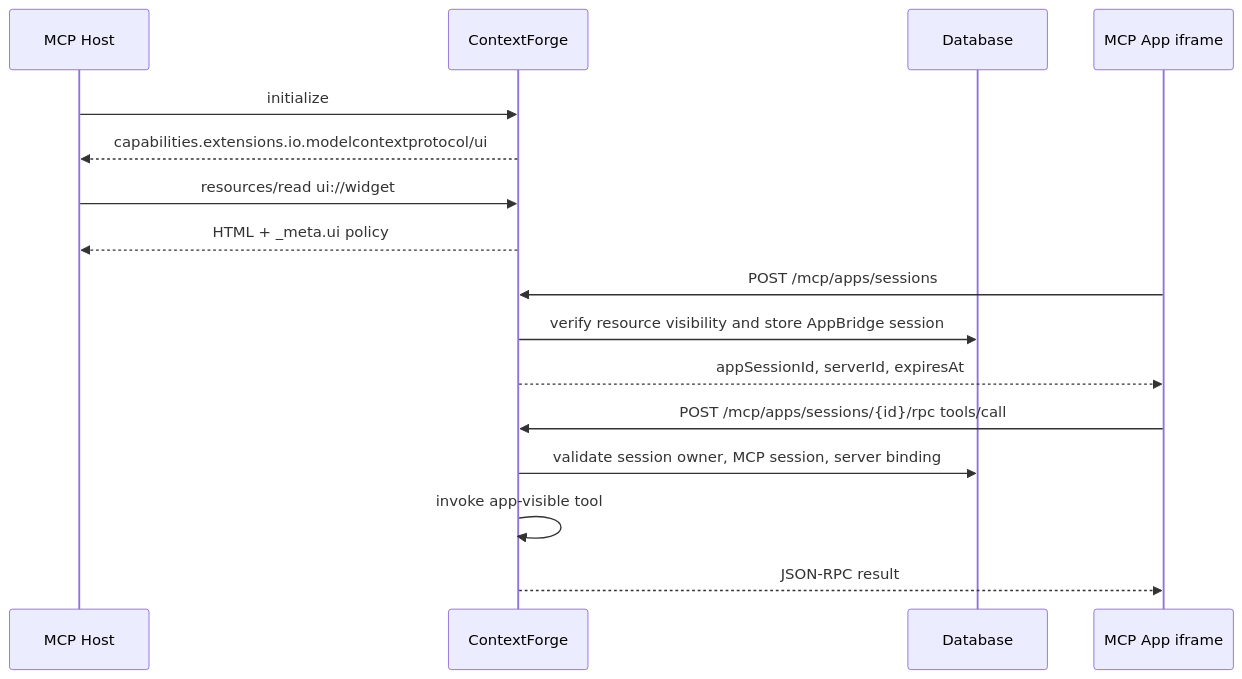
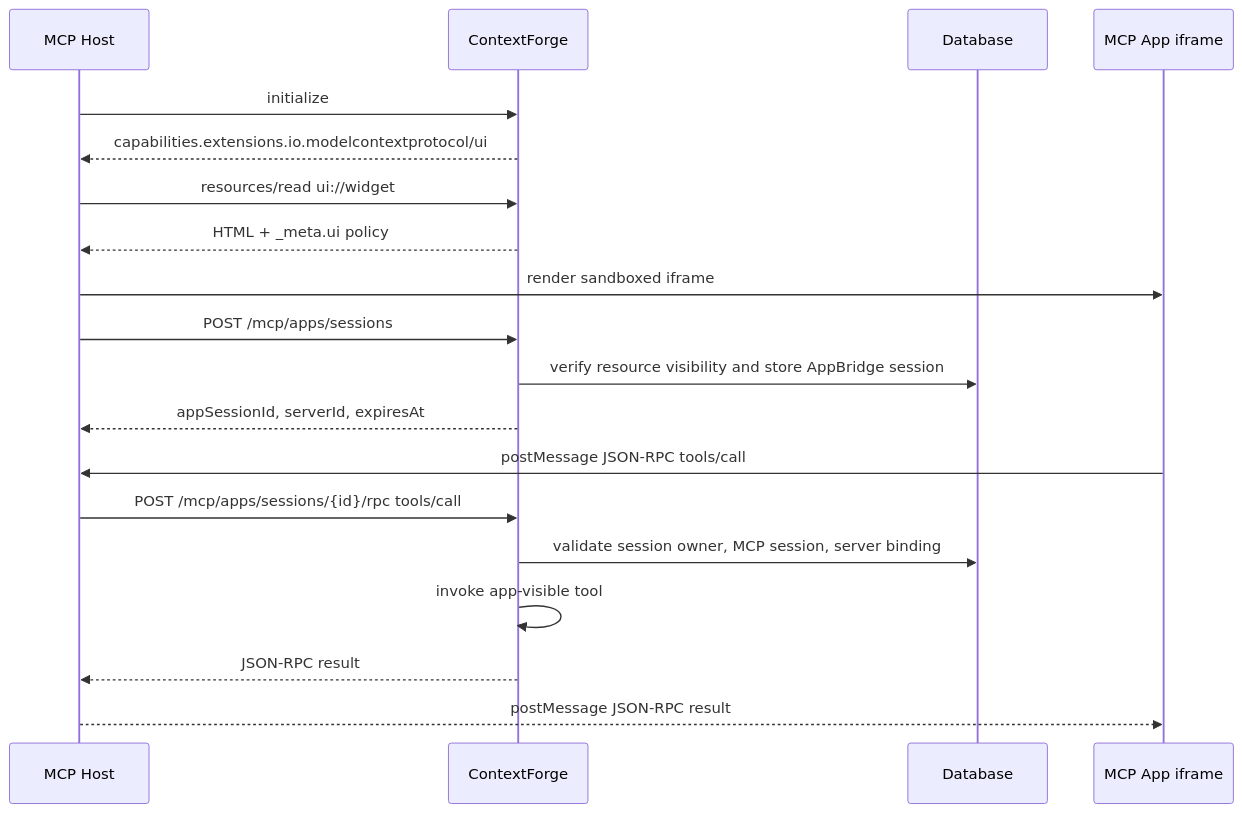
Before and after one commit to mutual-of-enumclaw/mcp-context-forge: the diagram in docs/docs/architecture/mcp-apps.md, drawn with Mermaid. The commit also changed other lines of this file and 6 other files, not shown here.

Commit message:
fix: align MCP Apps metadata contract

````diff
--- a/docs/docs/architecture/mcp-apps.md
+++ b/docs/docs/architecture/mcp-apps.md
@@ -203,19 +200,22 @@
 ```mermaid
 sequenceDiagram
     participant Host as MCP Host
     participant Gateway as ContextForge
     participant DB as Database
     participant App as MCP App iframe
 
     Host->>Gateway: initialize
     Gateway-->>Host: capabilities.extensions.io.modelcontextprotocol/ui
     Host->>Gateway: resources/read ui://widget
     Gateway-->>Host: HTML + _meta.ui policy
-    App->>Gateway: POST /mcp/apps/sessions
+    Host->>App: render sandboxed iframe
+    Host->>Gateway: POST /mcp/apps/sessions
     Gateway->>DB: verify resource visibility and store AppBridge session
-    Gateway-->>App: appSessionId, serverId, expiresAt
-    App->>Gateway: POST /mcp/apps/sessions/{id}/rpc tools/call
+    Gateway-->>Host: appSessionId, serverId, expiresAt
+    App->>Host: postMessage JSON-RPC tools/call
+    Host->>Gateway: POST /mcp/apps/sessions/{id}/rpc tools/call
     Gateway->>DB: validate session owner, MCP session, server binding
     Gateway->>Gateway: invoke app-visible tool
-    Gateway-->>App: JSON-RPC result
+    Gateway-->>Host: JSON-RPC result
+    Host-->>App: postMessage JSON-RPC result
 ```
````
